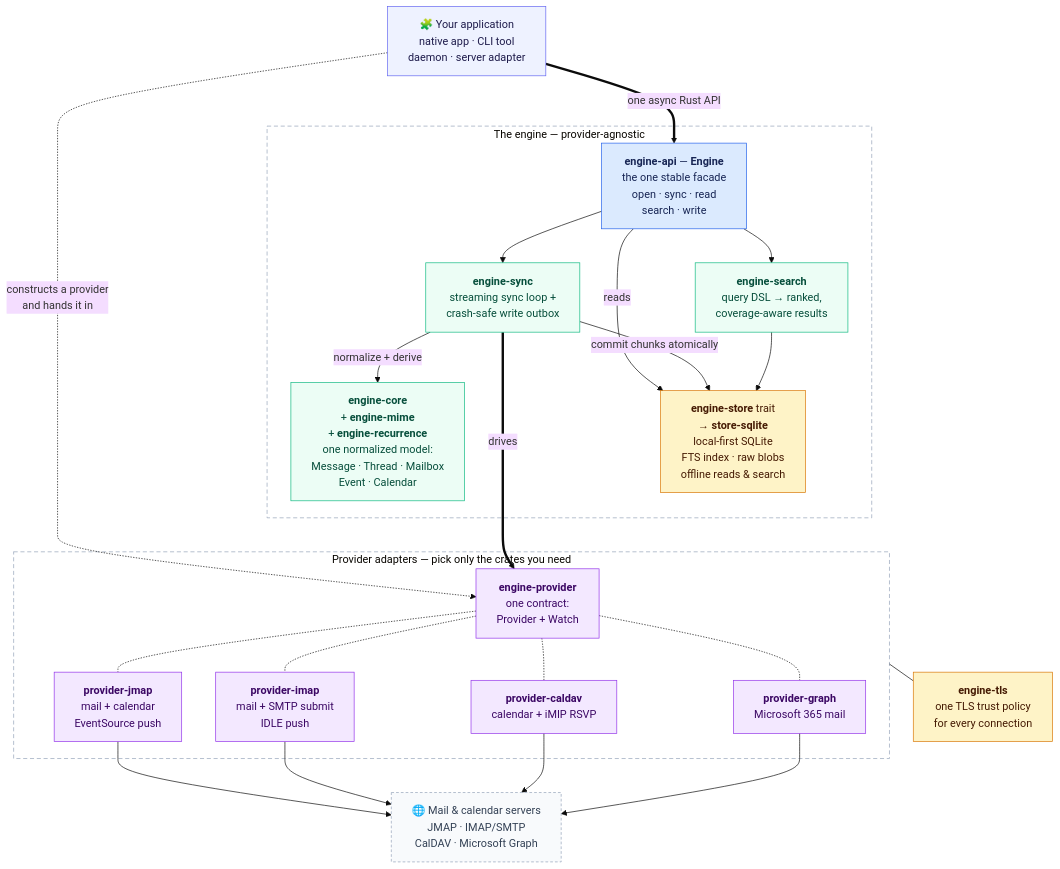
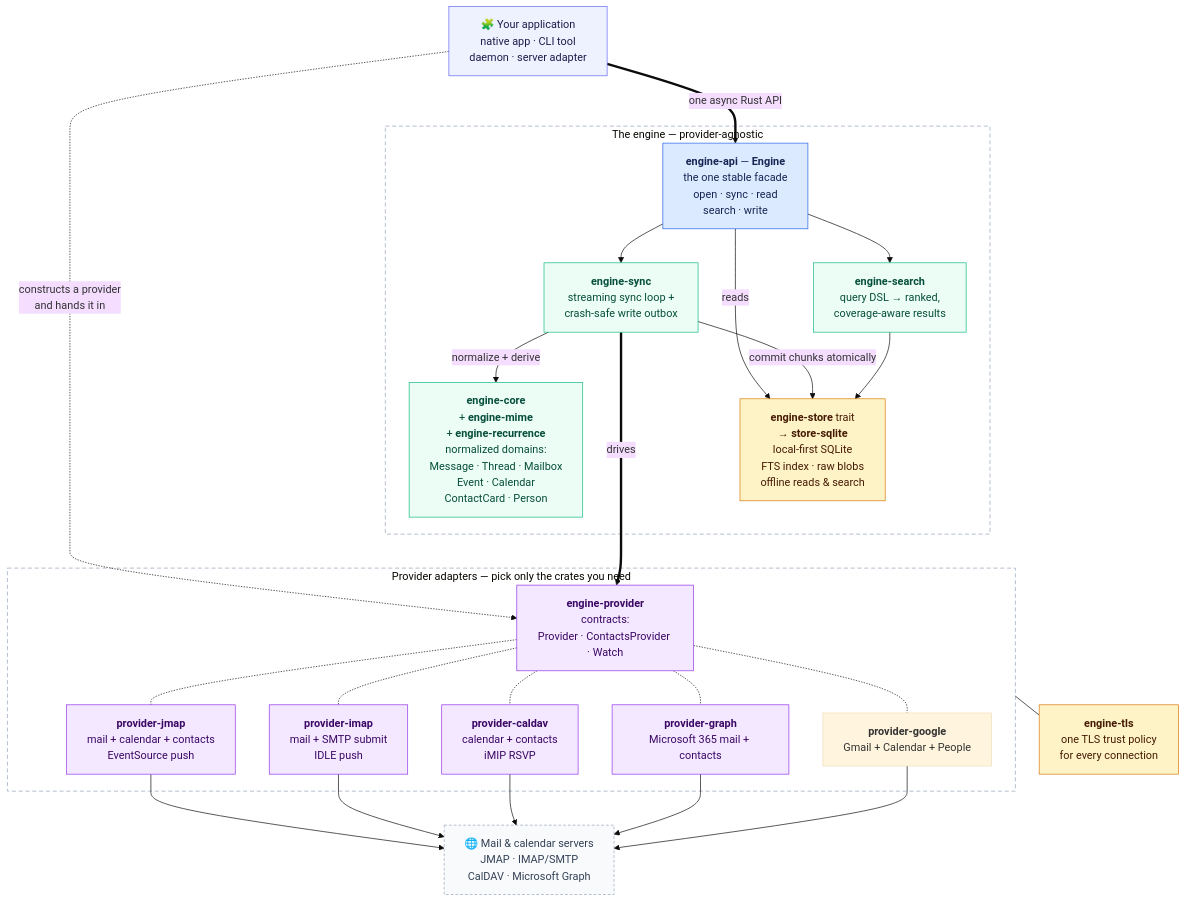
One commit to allodia-eu/email-calendar-sync-engine changed the first of 3 diagrams in README.md. Above: the diagram before and after it, drawn with Mermaid (base theme). The commit also changed other lines of this file and 149 other files, not shown here.

First line of the commit message:
Add contacts support: CardDAV/JMAP/Graph/Google cards, people index, recipient history

````diff
--- a/README.md
+++ b/README.md
@@ -141,61 +147,64 @@
 ```mermaid
 flowchart TD
     HOST["🧩 Your application<br/>native app · CLI tool<br/>daemon · server adapter"]
 
     HOST ==>|"one async Rust API"| API
     HOST -.->|"constructs a provider<br/>and hands it in"| TRAIT
 
     subgraph ENGINE["The engine — provider-agnostic"]
         API["<b>engine-api</b> — <b>Engine</b><br/>the one stable facade<br/>open · sync · read<br/>search · write"]
         SYNC["<b>engine-sync</b><br/>streaming sync loop +<br/>crash-safe write outbox"]
         SEARCH["<b>engine-search</b><br/>query DSL → ranked,<br/>coverage-aware results"]
-        MODEL["<b>engine-core</b><br/>+ <b>engine-mime</b><br/>+ <b>engine-recurrence</b><br/>one normalized model:<br/>Message · Thread · Mailbox<br/>Event · Calendar"]
+        MODEL["<b>engine-core</b><br/>+ <b>engine-mime</b><br/>+ <b>engine-recurrence</b><br/>normalized domains:<br/>Message · Thread · Mailbox<br/>Event · Calendar<br/>ContactCard · Person"]
         STORE["<b>engine-store</b> trait<br/>→ <b>store-sqlite</b><br/>local-first SQLite<br/>FTS index · raw blobs<br/>offline reads &amp; search"]
 
         API --> SYNC
         API --> SEARCH
         API -->|reads| STORE
         SYNC -->|normalize + derive| MODEL
         SYNC -->|commit chunks atomically| STORE
         SEARCH --> STORE
     end
 
     subgraph ADAPTERS["Provider adapters — pick only the crates you need"]
-        TRAIT["<b>engine-provider</b><br/>one contract:<br/>Provider + Watch"]
-        JMAP["<b>provider-jmap</b><br/>mail + calendar<br/>EventSource push"]
+        TRAIT["<b>engine-provider</b><br/>contracts:<br/>Provider · ContactsProvider · Watch"]
+        JMAP["<b>provider-jmap</b><br/>mail + calendar + contacts<br/>EventSource push"]
         IMAP["<b>provider-imap</b><br/>mail + SMTP submit<br/>IDLE push"]
-        CALDAV["<b>provider-caldav</b><br/>calendar + iMIP RSVP"]
-        GRAPH["<b>provider-graph</b><br/>Microsoft 365 mail"]
+        CALDAV["<b>provider-caldav</b><br/>calendar + contacts<br/>iMIP RSVP"]
+        GRAPH["<b>provider-graph</b><br/>Microsoft 365 mail + contacts"]
+        GOOGLE["<b>provider-google</b><br/>Gmail + Calendar + People"]
 
         TRAIT -.- JMAP
         TRAIT -.- IMAP
         TRAIT -.- CALDAV
         TRAIT -.- GRAPH
+        TRAIT -.- GOOGLE
     end
 
     TLS["<b>engine-tls</b><br/>one TLS trust policy<br/>for every connection"]
 
     SYNC ==>|"drives"| TRAIT
     STORE ~~~ TRAIT
     ADAPTERS --- TLS
     JMAP --> SRV["🌐 Mail &amp; calendar servers<br/>JMAP · IMAP/SMTP<br/>CalDAV · Microsoft Graph"]
     IMAP --> SRV
     CALDAV --> SRV
     GRAPH --> SRV
+    GOOGLE --> SRV
 
     classDef host fill:#eef2ff,stroke:#6366f1,color:#1e1b4b
     classDef facade fill:#dbeafe,stroke:#2563eb,color:#172554
     classDef internal fill:#ecfdf5,stroke:#10b981,color:#064e3b
     classDef storec fill:#fef3c7,stroke:#d97706,color:#451a03
     classDef adapter fill:#f3e8ff,stroke:#9333ea,color:#3b0764
     classDef external fill:#f8fafc,stroke:#94a3b8,color:#334155,stroke-dasharray: 4 3
 
     class HOST host
     class API facade
     class SYNC,SEARCH,MODEL internal
     class STORE,TLS storec
     class TRAIT,JMAP,IMAP,CALDAV,GRAPH adapter
     class SRV external
     style ENGINE fill:none,stroke:#94a3b8,stroke-dasharray: 6 4
     style ADAPTERS fill:none,stroke:#94a3b8,stroke-dasharray: 6 4
 ```
````
